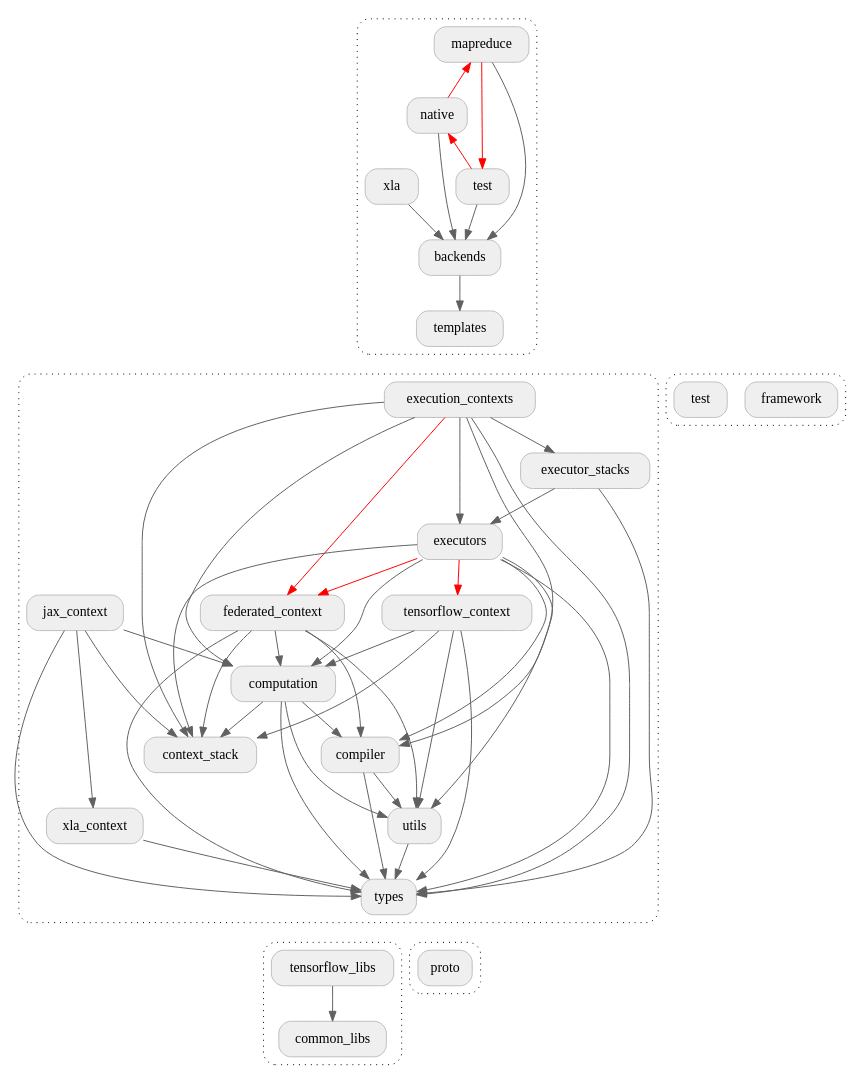
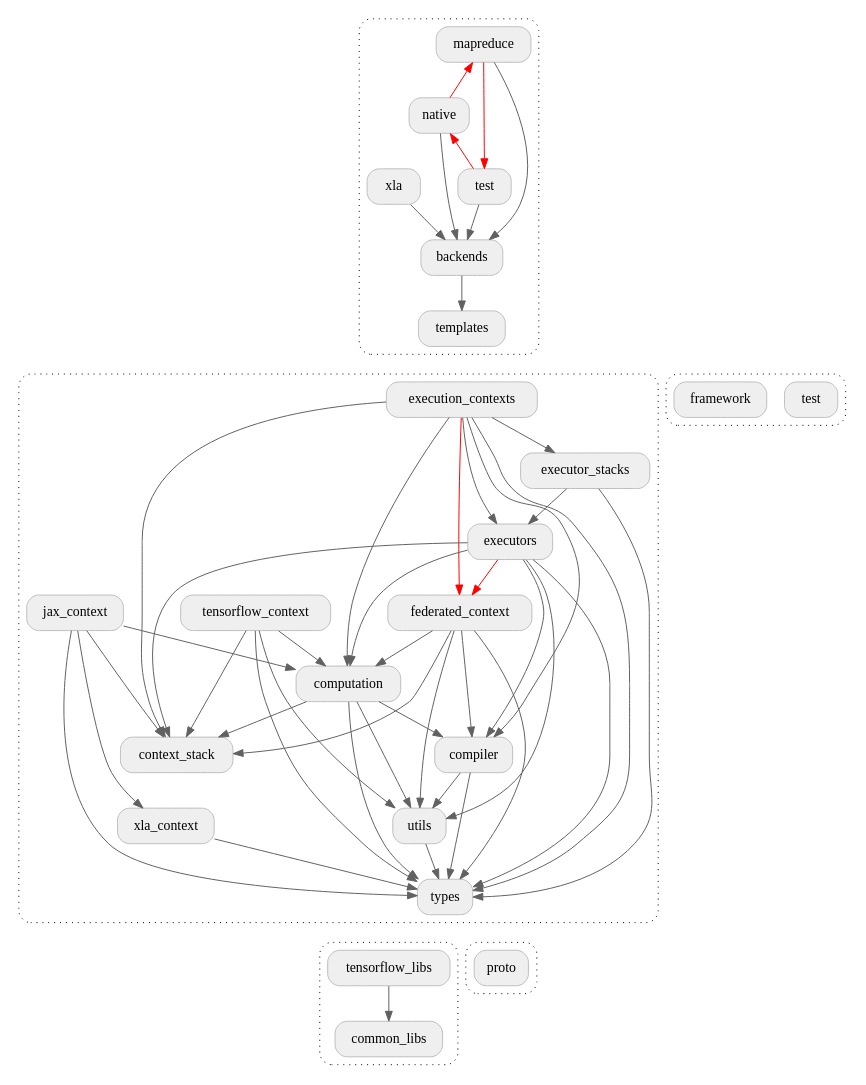
Before and after one commit to google-parfait/tensorflow-federated: the diagram in docs/design/package_structure_core.dot, drawn with Graphviz. The commit also changed 6 other files, not shown here.

First line of the commit message:
Remove the `execution_contexts` -> `tensorflow_context` dependency.

```diff
--- a/docs/design/package_structure_core.dot
+++ b/docs/design/package_structure_core.dot
@@ -1,102 +1,101 @@
 digraph {
   graph [style="dotted,rounded"]
   node [shape="box", style="rounded,filled", fillcolor="#efefef", color="#bdbdbd"]
   edge [color="#616161"]
 
   subgraph cluster_core_0 {
-    mapreduce [href="https://github.com/tensorflow/federated/blob/main/tensorflow_federated/python/core/backends/mapreduce" target="_parent",]
-    native [href="https://github.com/tensorflow/federated/blob/main/tensorflow_federated/python/core/backends/native" target="_parent",]
-    backends_test [label="test", href="https://github.com/tensorflow/federated/blob/main/tensorflow_federated/python/core/backends/test" target="_parent",]
-    xla [href="https://github.com/tensorflow/federated/blob/main/tensorflow_federated/python/core/backends/xla" target="_parent",]
+    mapreduce [href="https://github.com/tensorflow/federated/blob/main/tensorflow_federated/python/core/backends/mapreduce" target="_parent"]
+    native [href="https://github.com/tensorflow/federated/blob/main/tensorflow_federated/python/core/backends/native" target="_parent"]
+    backends_test [label="test", href="https://github.com/tensorflow/federated/blob/main/tensorflow_federated/python/core/backends/test" target="_parent"]
+    xla [href="https://github.com/tensorflow/federated/blob/main/tensorflow_federated/python/core/backends/xla" target="_parent"]
     backends [href="https://github.com/tensorflow/federated/blob/main/tensorflow_federated/python/core/backends" target="_parent"]
     templates [href="https://github.com/tensorflow/federated/blob/main/tensorflow_federated/python/core/templates" target="_parent"]
   }
 
   mapreduce -> backends
   native -> backends
   backends_test -> backends
   xla -> backends
   backends -> templates
   templates -> execution_contexts [arrowhead="none", style="invisible"]
 
   // TODO: b/233800075 - Remove dependency from `native` to `mapreduce`.
   mapreduce -> native [dir=back, color="#ff0000"]
   // TODO: b/233800373 - Remove dependency from `test` to `native`.
   native -> backends_test [dir=back, color="#ff0000"]
   // TODO: b/233801300 - Remove dependency from `mapreduce` to `test`.
   mapreduce -> backends_test [color="#ff0000"]
 
   subgraph cluster_core_1 {
     framework [href="https://github.com/tensorflow/federated/blob/main/tensorflow_federated/python/core/framework" target="_parent"]
     test [href="https://github.com/tensorflow/federated/blob/main/tensorflow_federated/python/core/test" target="_parent"]
   }
 
   framework -> executor_stacks [arrowhead="none", style="invisible"]
   test -> executor_stacks [arrowhead="none", style="invisible"]
 
   subgraph cluster_core_2 {
     execution_contexts [href="https://github.com/tensorflow/federated/blob/main/tensorflow_federated/python/core/impl/execution_contexts" target="_parent"]
     executor_stacks [href="https://github.com/tensorflow/federated/blob/main/tensorflow_federated/python/core/impl/executor_stacks" target="_parent"]
     executors [href="https://github.com/tensorflow/federated/blob/main/tensorflow_federated/python/core/impl/executors" target="_parent"]
     federated_context [href="https://github.com/tensorflow/federated/blob/main/tensorflow_federated/python/core/impl/federated_context" target="_parent"]
     tensorflow_context [href="https://github.com/tensorflow/federated/blob/main/tensorflow_federated/python/core/impl/tensorflow_context" target="_parent"]
     jax_context [href="https://github.com/tensorflow/federated/blob/main/tensorflow_federated/python/core/impl/jax_context" target="_parent"]
     xla_context [href="https://github.com/tensorflow/federated/blob/main/tensorflow_federated/python/core/impl/jax_context" target="_parent"]
     computation [href="https://github.com/tensorflow/federated/blob/main/tensorflow_federated/python/core/impl/computation" target="_parent"]
     compiler [href="https://github.com/tensorflow/federated/blob/main/tensorflow_federated/python/core/impl/compiler" target="_parent"]
     utils [href="https://github.com/tensorflow/federated/blob/main/tensorflow_federated/python/core/impl/utils" target="_parent"]
     types [href="https://github.com/tensorflow/federated/blob/main/tensorflow_federated/python/core/impl/types" target="_parent"]
     context_stack [href="https://github.com/tensorflow/federated/blob/main/tensorflow_federated/python/core/impl/context_stack" target="_parent"]
   }
 
   execution_contexts -> executor_stacks
   execution_contexts -> executors
   execution_contexts -> federated_context [color="#ff0000"]
   execution_contexts -> computation
   execution_contexts -> compiler
   execution_contexts -> types
   execution_contexts -> context_stack
   executor_stacks -> executors
   executor_stacks -> types
   executors -> federated_context [color="#ff0000"]
-  executors -> tensorflow_context [color="#ff0000"]
   executors -> computation
   executors -> compiler
   executors -> utils
   executors -> types
   executors -> context_stack
   federated_context -> computation
   federated_context -> compiler
   federated_context -> utils
   federated_context -> types
   federated_context -> context_stack
   tensorflow_context -> computation
   tensorflow_context -> utils
   tensorflow_context -> types
   tensorflow_context -> context_stack
   jax_context -> xla_context
   jax_context -> computation
   jax_context -> types
   jax_context -> context_stack
   xla_context -> types
   computation -> compiler
   computation -> utils
   computation -> types
   computation -> context_stack
   compiler -> utils
   compiler -> types
   utils -> types
   types -> tensorflow_libs [arrowhead="none", style="invisible"]
   types -> proto [arrowhead="none", style="invisible"]
 
   subgraph cluster_core_3 {
     tensorflow_libs [href="https://github.com/tensorflow/federated/blob/main/tensorflow_federated/python/tensorflow_libs" target="_parent"]
     common_libs [href="https://github.com/tensorflow/federated/blob/main/tensorflow_federated/python/common_libs" target="_parent"]
   }
 
   tensorflow_libs -> common_libs
 
   subgraph cluster_core_4 {
     proto [href="https://github.com/tensorflow/federated/blob/main/tensorflow_federated/proto" target="_parent"]
   }
 }
```
